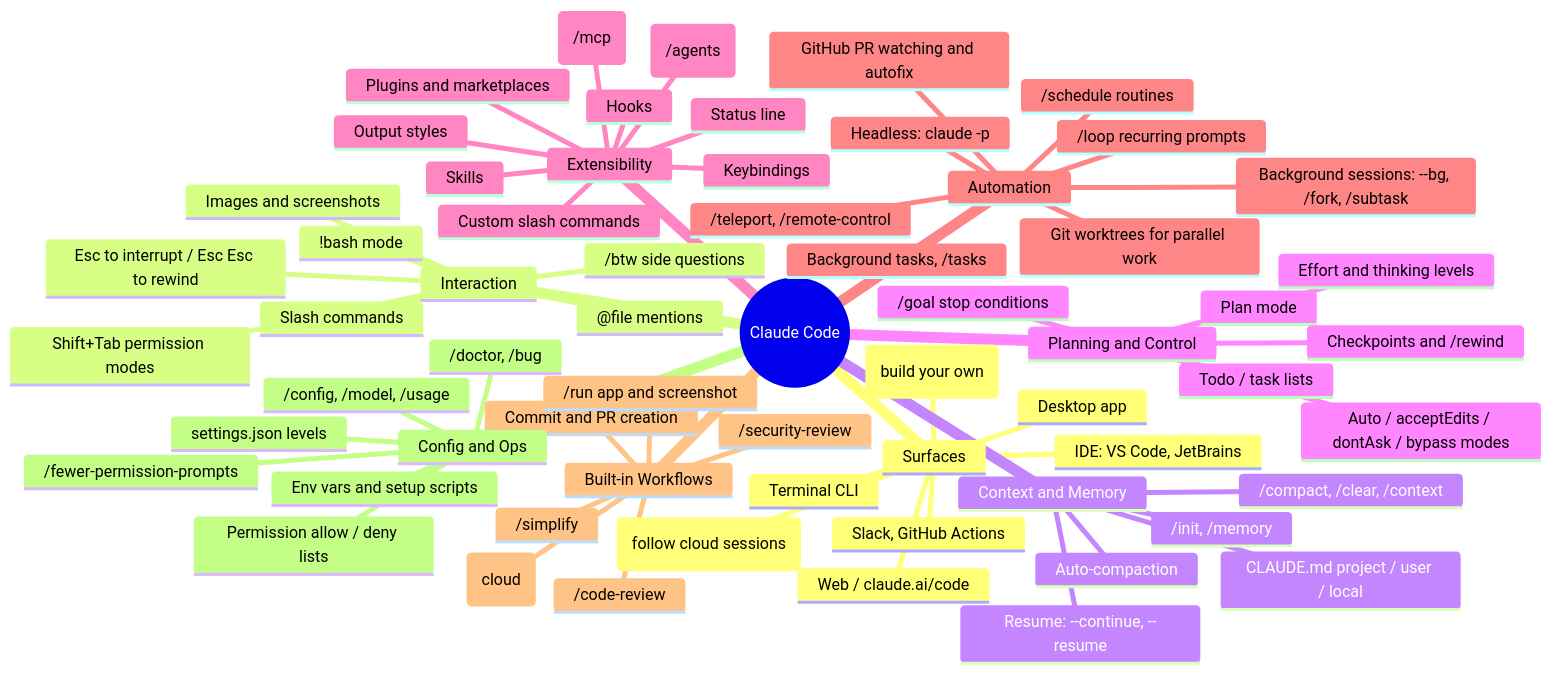
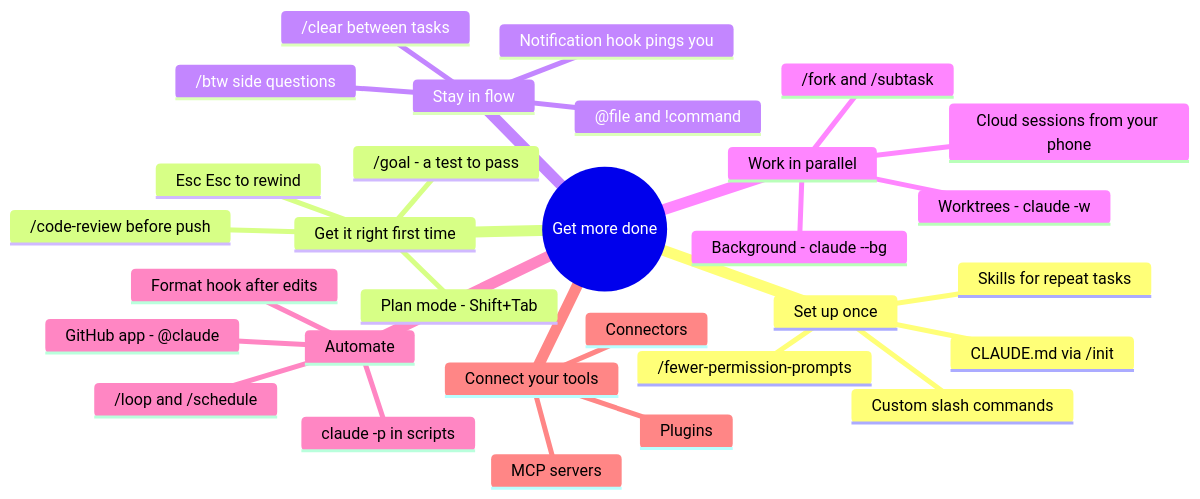
One commit to gillien-cui/extensions-ideas changed the diagram in claude-code-features-productivity-guide.md. Above: the diagram before and after it, drawn with Mermaid. The commit also changed other lines of this file and 1 other file, not shown here.

Commit message:
Redraw guide diagrams as goal-based mind maps and fix SDK map parse error
Parentheses in mindmap node text are Mermaid shape syntax, which broke
the SDK map and mangled labels in the features map. Add a decision
flowchart for picking an extension type.

Claude-Session: https://claude.ai/code/session_015gaidvccboMpz2NVarp9mm

````diff
--- a/claude-code-features-productivity-guide.md
+++ b/claude-code-features-productivity-guide.md
@@ -13,66 +15,33 @@
 ```mermaid
 mindmap
-  root((Claude Code))
-    Surfaces
-      Terminal CLI
-      Desktop app
-      Web / claude.ai/code
-      Mobile app (follow cloud sessions)
-      IDE: VS Code, JetBrains
-      Slack, GitHub Actions
-      Agent SDK (build your own)
-    Interaction
-      Slash commands
-      @file mentions
-      !bash mode
+  root((Get more done))
+    Set up once
+      CLAUDE.md via /init
+      Custom slash commands
+      Skills for repeat tasks
+      /fewer-permission-prompts
+    Get it right first time
+      Plan mode - Shift+Tab
+      /goal - a test to pass
+      /code-review before push
+      Esc Esc to rewind
+    Stay in flow
       /btw side questions
-      Esc to interrupt / Esc Esc to rewind
-      Shift+Tab permission modes
-      Images and screenshots
-    Context and Memory
-      CLAUDE.md project / user / local
-      /init, /memory
-      /compact, /clear, /context
-      Auto-compaction
-      Resume: --continue, --resume
-    Planning and Control
-      Plan mode
-      Auto / acceptEdits / dontAsk / bypass modes
-      /goal stop conditions
-      Checkpoints and /rewind
-      Todo / task lists
-      Effort and thinking levels
-    Extensibility
-      Custom slash commands
-      Skills
-      Subagents (/agents)
-      Hooks
-      MCP servers (/mcp)
-      Plugins and marketplaces
-      Output styles
-      Status line
-      Keybindings
-    Automation
-      Headless: claude -p
-      /loop recurring prompts
-      /schedule routines
-      Background tasks, /tasks
-      Background sessions: --bg, /fork, /subtask
-      /teleport, /remote-control
-      GitHub PR watching and autofix
-      Git worktrees for parallel work
-    Built-in Workflows
-      /code-review
-      /security-review
-      /simplify
-      /ultrareview (cloud)
-      Commit and PR creation
-      /run app and screenshot
-    Config and Ops
-      settings.json levels
-      Permission allow / deny lists
-      /fewer-permission-prompts
-      /config, /model, /usage
-      /doctor, /bug
-      Env vars and setup scripts
+      @file and !command
+      Notification hook pings you
+      /clear between tasks
+    Work in parallel
+      Worktrees - claude -w
+      Background - claude --bg
+      /fork and /subtask
+      Cloud sessions from your phone
+    Automate
+      Format hook after edits
+      /loop and /schedule
+      claude -p in scripts
+      GitHub app - @claude
+    Connect your tools
+      MCP servers
+      Plugins
+      Connectors
 ```
````
